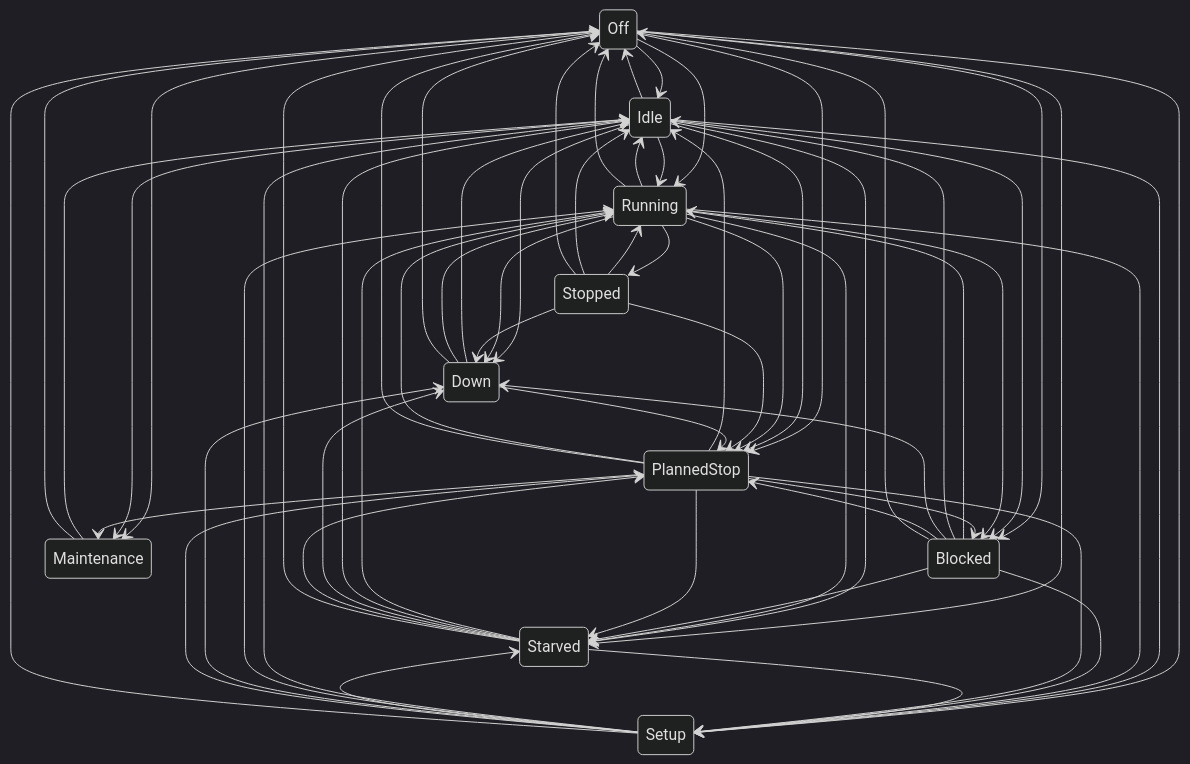
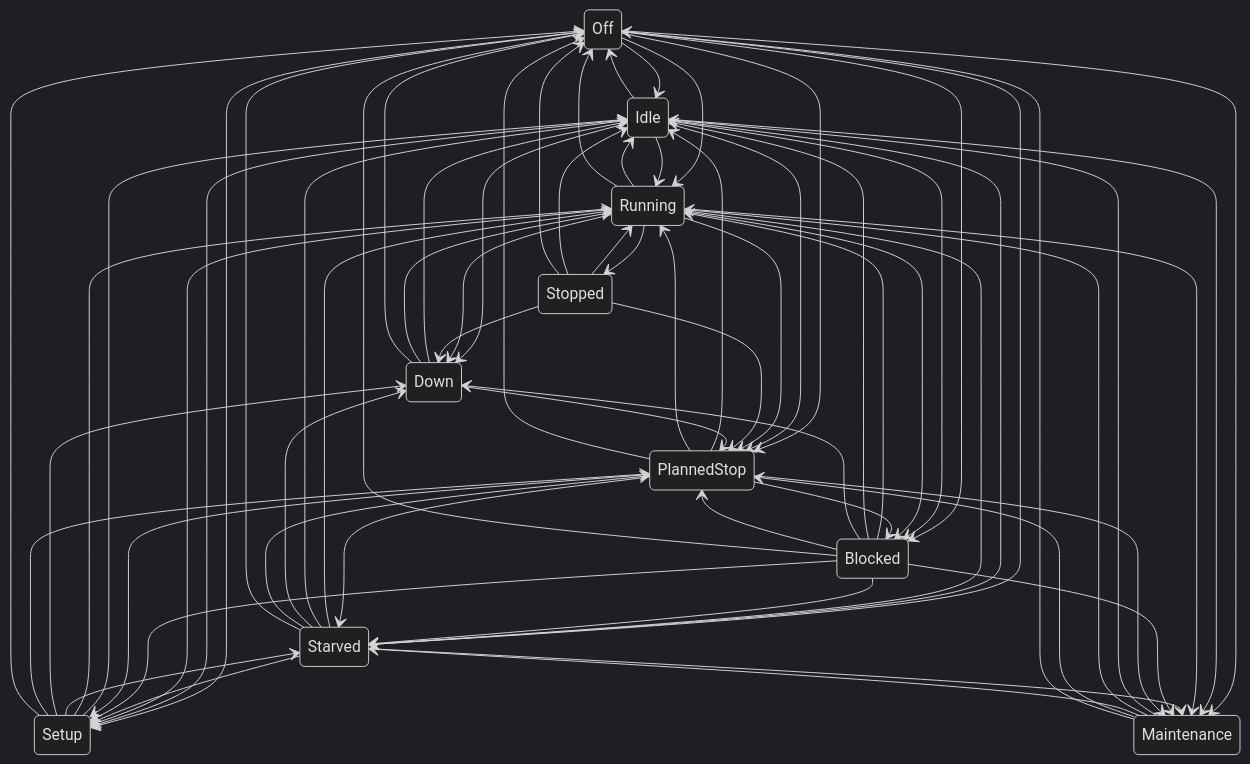
The diagram in docs/simulation-model.md (kubilayture/shopfloor-twin), drawn with Mermaid (dark theme) before and after one commit. The commit also changed other lines of this file and 17 other files, not shown here.

````diff
--- a/docs/simulation-model.md
+++ b/docs/simulation-model.md
@@ -24,63 +24,69 @@
 ```mermaid
 stateDiagram-v2
   Off --> Idle
   Off --> Running
   Off --> Starved
   Off --> Blocked
   Off --> Setup
   Off --> PlannedStop
   Off --> Maintenance
   Idle --> Running
   Idle --> Starved
   Idle --> Blocked
   Idle --> Setup
   Idle --> Down
   Idle --> PlannedStop
   Idle --> Maintenance
   Idle --> Off
   Running --> Idle
   Running --> Stopped
   Running --> Starved
   Running --> Blocked
   Running --> Setup
   Running --> Down
   Running --> PlannedStop
+  Running --> Maintenance
   Running --> Off
   Stopped --> Running
   Stopped --> Idle
   Stopped --> Down
   Stopped --> PlannedStop
   Stopped --> Off
   Starved --> Running
   Starved --> Idle
   Starved --> Setup
   Starved --> Down
   Starved --> PlannedStop
+  Starved --> Maintenance
   Starved --> Off
   Blocked --> Running
   Blocked --> Idle
   Blocked --> Starved
   Blocked --> Setup
   Blocked --> Down
   Blocked --> PlannedStop
+  Blocked --> Maintenance
   Blocked --> Off
   Setup --> Idle
   Setup --> Running
   Setup --> Starved
   Setup --> Down
   Setup --> PlannedStop
   Setup --> Off
   Down --> Idle
   Down --> Running
   Down --> PlannedStop
   Down --> Off
   PlannedStop --> Idle
   PlannedStop --> Running
   PlannedStop --> Starved
   PlannedStop --> Blocked
   PlannedStop --> Setup
   PlannedStop --> Maintenance
   PlannedStop --> Off
   Maintenance --> Idle
+  Maintenance --> Running
+  Maintenance --> Starved
+  Maintenance --> PlannedStop
   Maintenance --> Off
 ```
````
